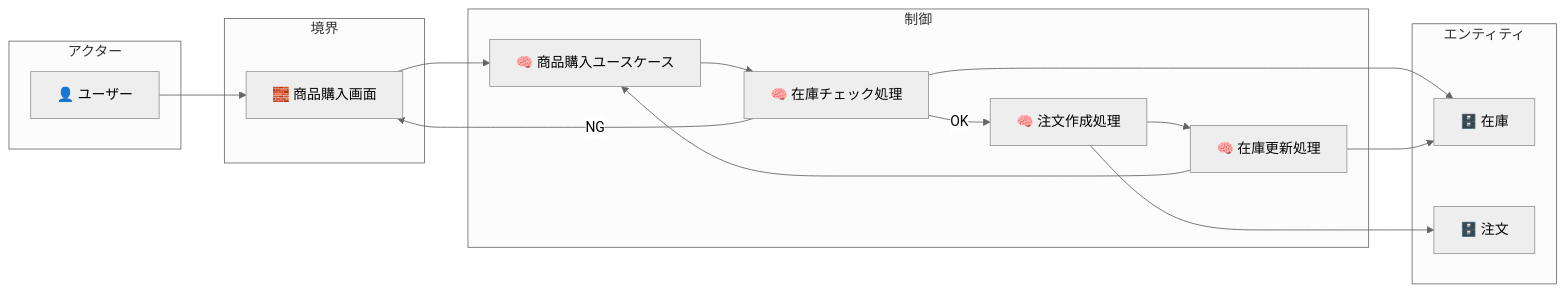
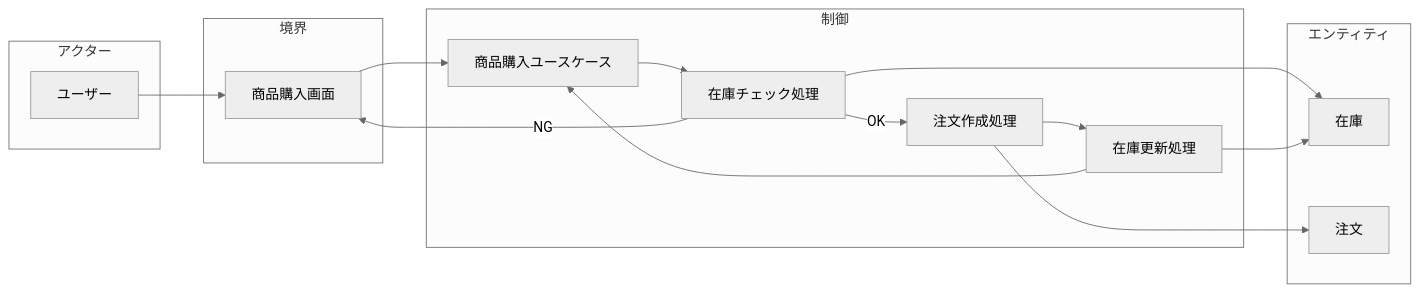
Before and after one commit to MasaruFukazawa/designdocs-sample.fukazawasoftwaredevelopment.com: the seventh of 8 diagrams in docs/design/source/mermaid-sample.rst, drawn with Mermaid (neutral theme). The commit also changed other lines of this file and 8 other files, not shown here.

First line of the commit message:
feat: Mermaidルール統一とサンプルダイアグラム修正

```diff
--- a/docs/design/source/mermaid-sample.rst
+++ b/docs/design/source/mermaid-sample.rst
@@ -122,33 +122,33 @@
 .. mermaid::
 
     flowchart LR
         subgraph アクター
-            User[👤 ユーザー]
+            User[ユーザー]
         end
 
         subgraph 境界
-            UI[🧱 商品購入画面]
+            UI[商品購入画面]
         end
 
         subgraph 制御
-            UC[🧠 商品購入ユースケース]
-            CheckStock[🧠 在庫チェック処理]
-            CreateOrder[🧠 注文作成処理]
-            UpdateStock[🧠 在庫更新処理]
+            UC[商品購入ユースケース]
+            CheckStock[在庫チェック処理]
+            CreateOrder[注文作成処理]
+            UpdateStock[在庫更新処理]
         end
 
         subgraph エンティティ
-            Stock[🗄️ 在庫]
-            Order[🗄️ 注文]
+            Stock[在庫]
+            Order[注文]
         end
 
         User --> UI
         UI --> UC
         UC --> CheckStock
         CheckStock --> Stock
-        CheckStock -- OK --> CreateOrder
+        CheckStock -->|OK| CreateOrder
         CreateOrder --> Order
         CreateOrder --> UpdateStock
         UpdateStock --> Stock
         UpdateStock --> UC
-        CheckStock -- NG --> UI
+        CheckStock -->|NG| UI
```
